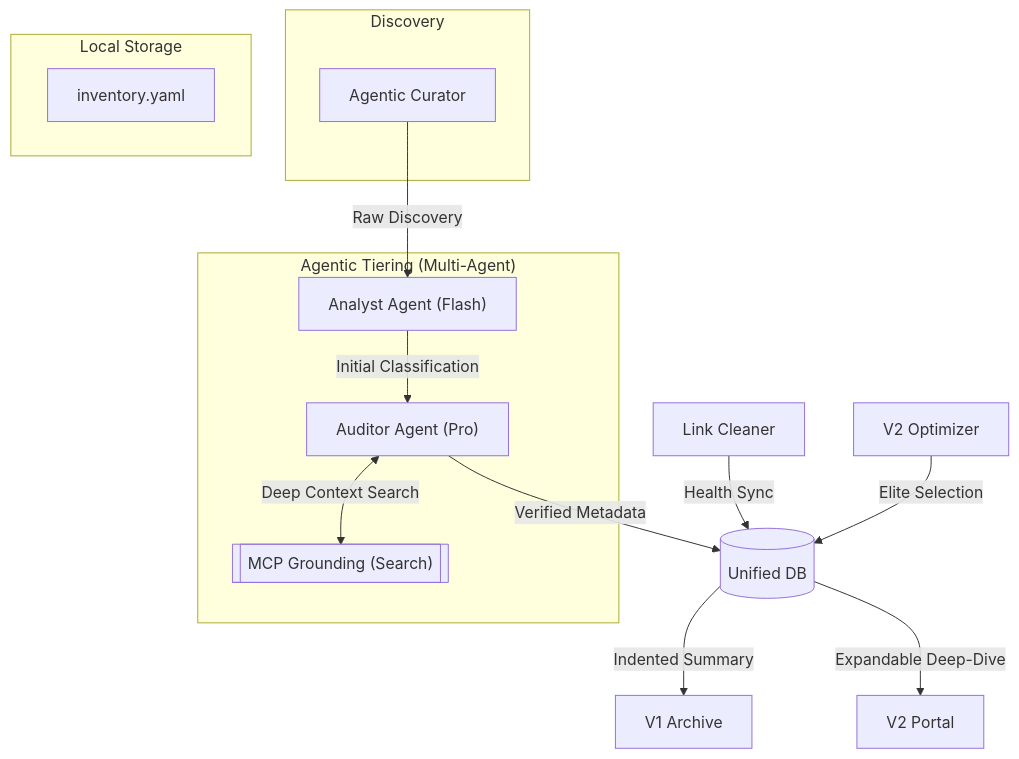
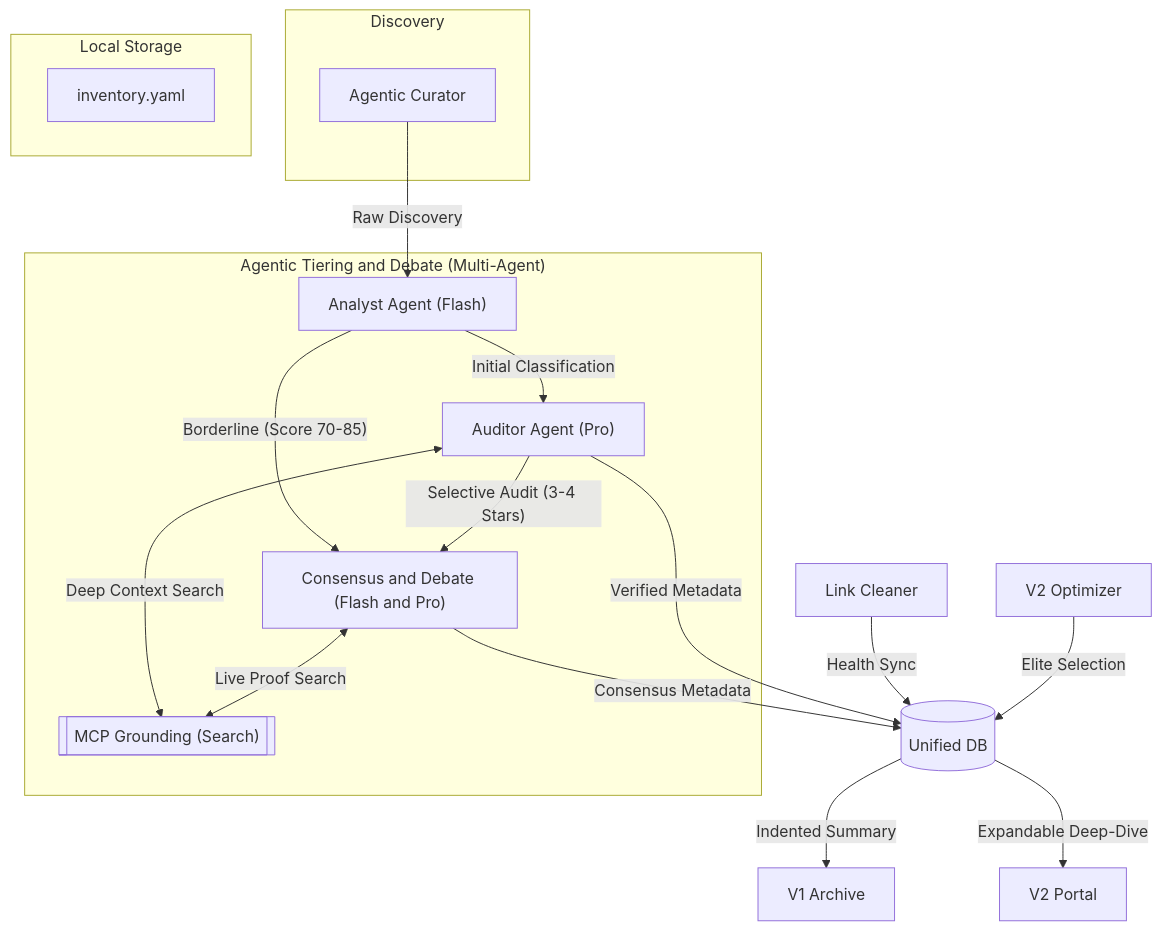
Before and after one commit to sec-js/awesome-kubernetes: the seventh of 11 diagrams in README.md, drawn with Mermaid. The commit also changed other lines of this file and 201 other files, not shown here.

Commit message:
docs: add multi-agent debate explanation and mermaid diagram to README

````diff
--- a/README.md
+++ b/README.md
@@ -673,27 +673,34 @@
 ```mermaid
 graph TD
     subgraph Discovery
         AC["Agentic Curator"]
     end
 
-    subgraph "Agentic Tiering (Multi-Agent)"
+    subgraph "Agentic Tiering and Debate (Multi-Agent)"
         AA["Analyst Agent (Flash)"]
         AV["Auditor Agent (Pro)"]
         MCP[["MCP Grounding (Search)"]]
+        DBT["Consensus and Debate (Flash and Pro)"]
     end
 
     AC -->|"Raw Discovery"| AA
     AA -->|"Initial Classification"| AV
     AV <-->|"Deep Context Search"| MCP
-    AV -->|"Verified Metadata"| DB[("Unified DB")]
+    
+    AA -->|"Borderline (Score 70-85)"| DBT
+    AV -->|"Selective Audit (3-4 Stars)"| DBT
+    DBT <-->|"Live Proof Search"| MCP
+    
+    DBT -->|"Consensus Metadata"| DB[("Unified DB")]
+    AV -->|"Verified Metadata"| DB
 
     LC["Link Cleaner"] -->|"Health Sync"| DB
     V2["V2 Optimizer"] -->|"Elite Selection"| DB
 
     DB -->|"Indented Summary"| V1["V1 Archive"]
     DB -->|"Expandable Deep-Dive"| V2P["V2 Portal"]
 
     subgraph Local Storage
         DB1["inventory.yaml"]
     end
 ```
````
